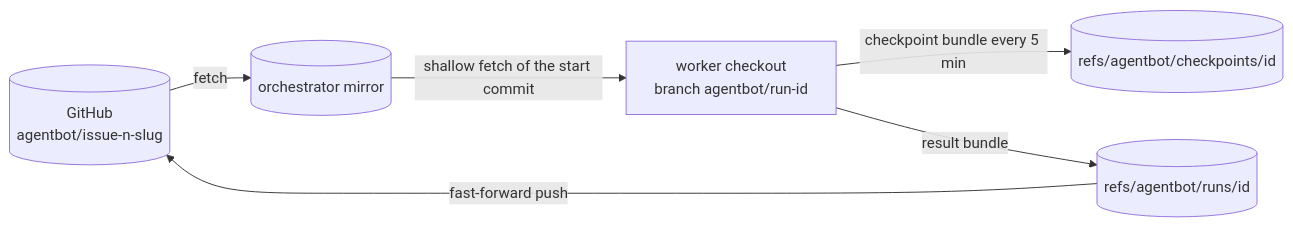
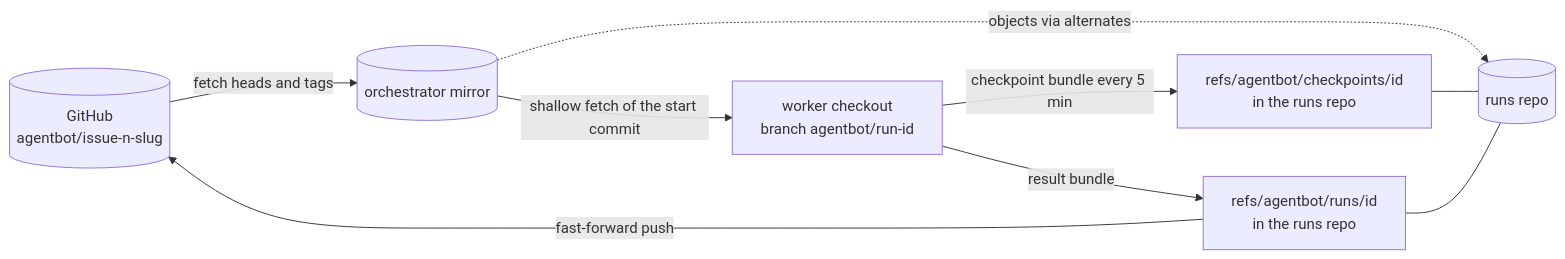
One commit to factotuminok/AgentBot changed the fourth of 4 diagrams in wiki/architecture.md. Above: the diagram before and after it, drawn with Mermaid. The commit also changed other lines of this file and 86 other files, not shown here.

````diff
--- a/wiki/architecture.md
+++ b/wiki/architecture.md
@@ -357,8 +358,11 @@
 ```mermaid
 flowchart LR
-    GH[(GitHub<br/>agentbot/issue-n-slug)] -->|fetch| MR[(orchestrator mirror)]
+    GH[(GitHub<br/>agentbot/issue-n-slug)] -->|fetch heads and tags| MR[(orchestrator mirror)]
     MR -->|shallow fetch of the start commit| WC[worker checkout<br/>branch agentbot/run-id]
-    WC -->|checkpoint bundle every 5 min| CP[(refs/agentbot/checkpoints/id)]
-    WC -->|result bundle| RR[(refs/agentbot/runs/id)]
+    MR -.->|objects via alternates| RX[(runs repo)]
+    WC -->|checkpoint bundle every 5 min| CP[refs/agentbot/checkpoints/id<br/>in the runs repo]
+    WC -->|result bundle| RR[refs/agentbot/runs/id<br/>in the runs repo]
+    CP --- RX
+    RR --- RX
     RR -->|fast-forward push| GH
 ```
````
